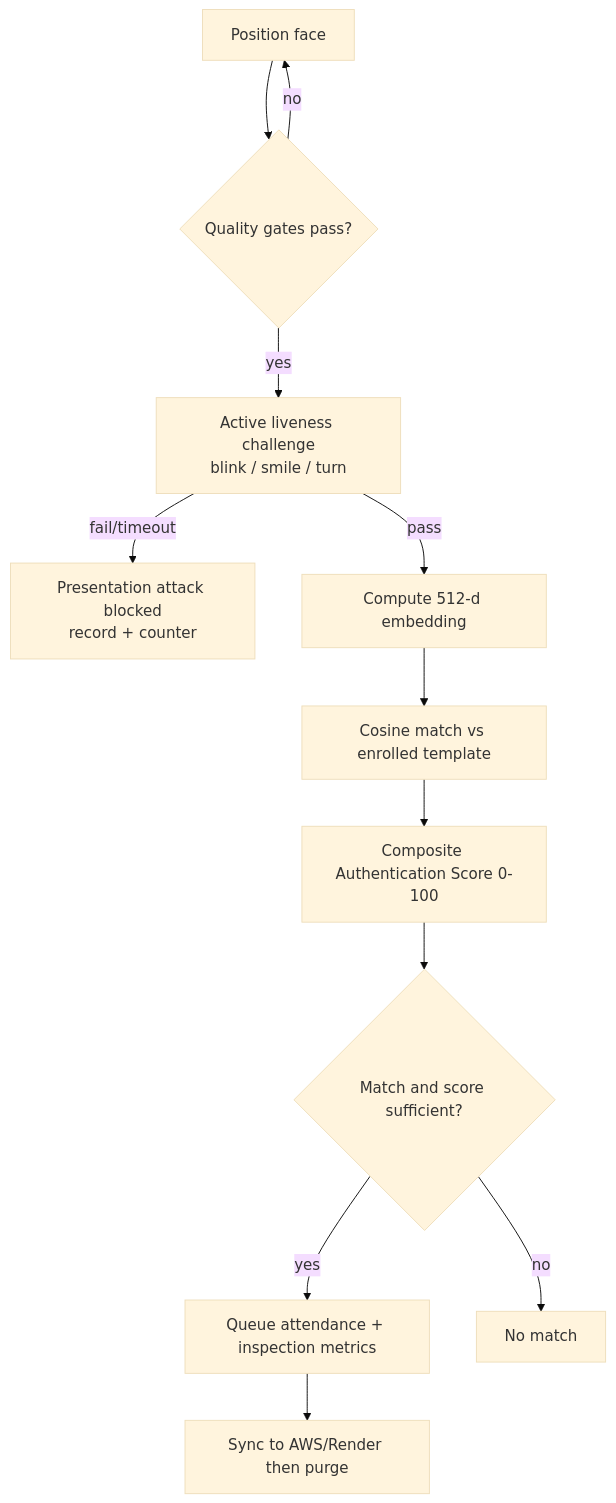
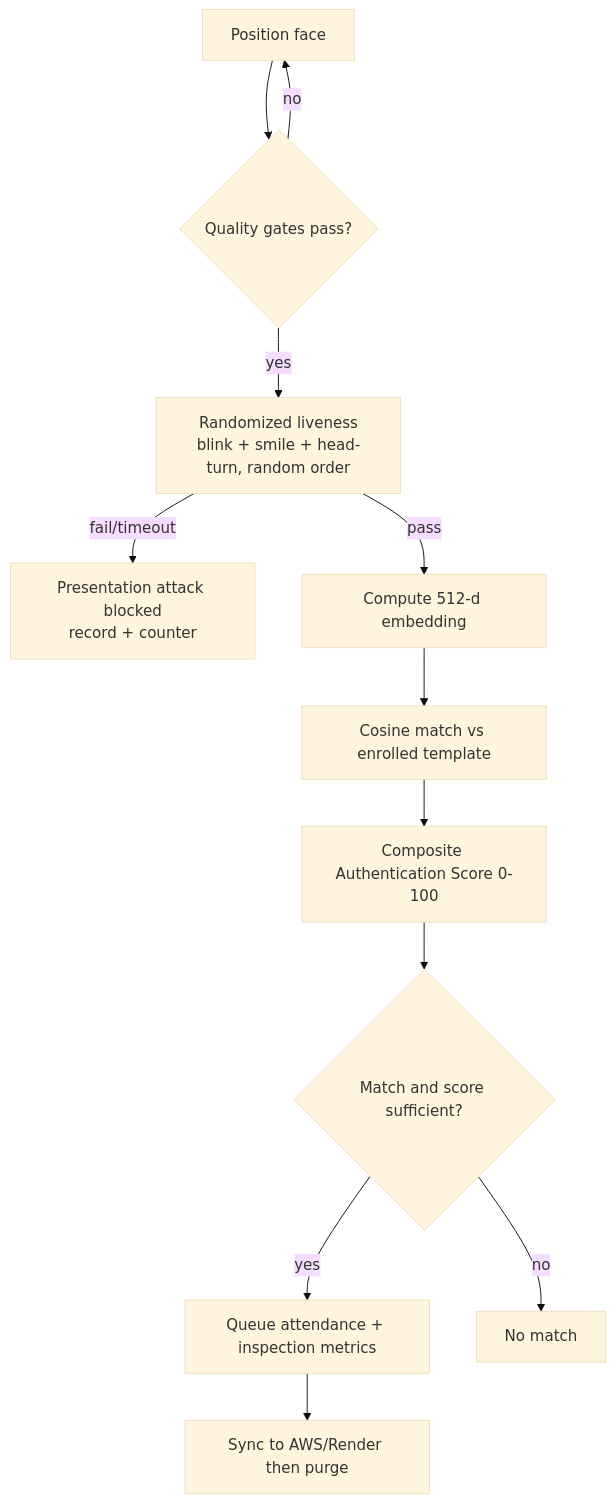
Before and after one commit to perrysolid/NHAI: the second of 3 diagrams in README.md, drawn with Mermaid (base theme). The commit also changed other lines of this file and 11 other files, not shown here.

First line of the commit message:
feat(liveness+readme): randomized blink+smile+head-turn; banner README

````diff
--- a/README.md
+++ b/README.md
@@ -58,14 +52,14 @@
 ```mermaid
 flowchart TD
   A[Position face] --> B{Quality gates pass?}
   B -- no --> A
-  B -- yes --> C[Active liveness challenge<br/>blink / smile / turn]
+  B -- yes --> C[Randomized liveness<br/>blink + smile + head-turn, random order]
   C -- fail/timeout --> X[Presentation attack blocked<br/>record + counter]
   C -- pass --> D[Compute 512-d embedding]
   D --> E[Cosine match vs enrolled template]
   E --> F[Composite Authentication Score 0-100]
   F --> G{Match and score sufficient?}
   G -- yes --> H[Queue attendance + inspection metrics]
   G -- no --> I[No match]
   H --> J[Sync to AWS/Render then purge]
 ```
````
